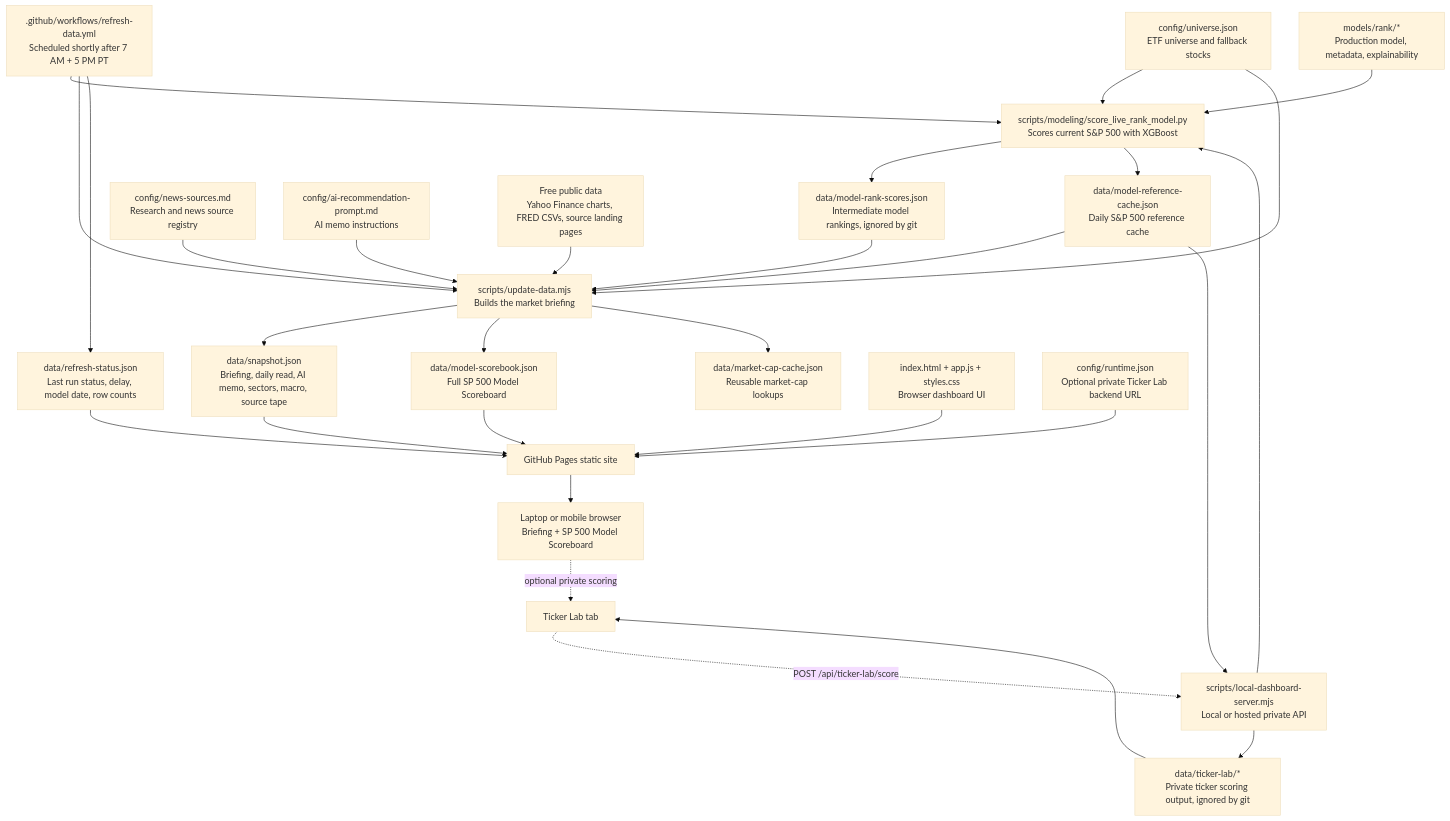
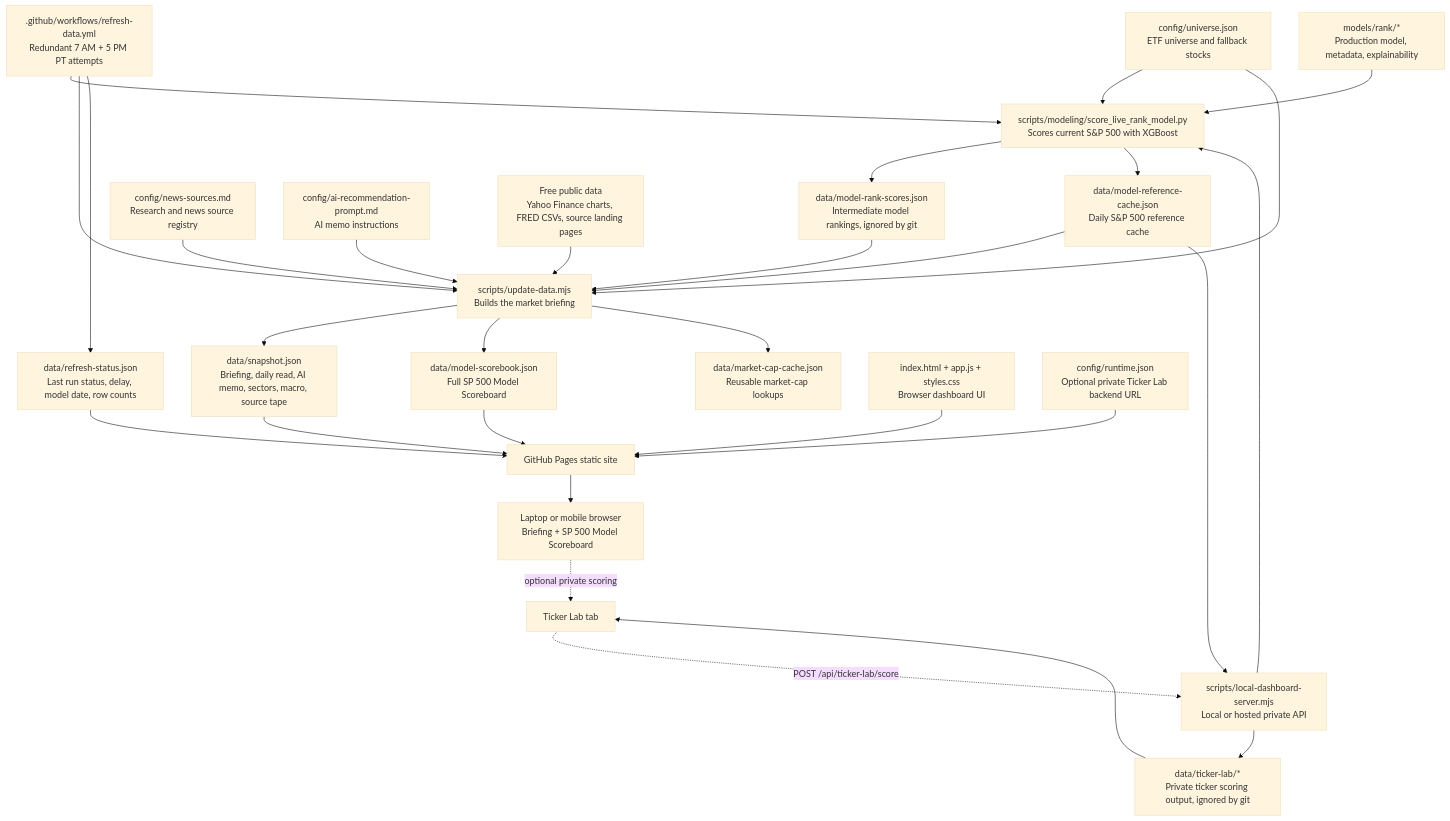
Before and after one commit to jhmona12/market-pulse: the diagram in README.md, drawn with Mermaid (base theme). The commit also changed other lines of this file and 3 other files, not shown here.

Commit message:
Harden scheduled refresh attempts

````diff
--- a/README.md
+++ b/README.md
@@ -9,36 +9,36 @@
 ```mermaid
 flowchart TD
-  schedule[".github/workflows/refresh-data.yml<br/>Scheduled shortly after 7 AM + 5 PM PT"] --> scorer["scripts/modeling/score_live_rank_model.py<br/>Scores current S&P 500 with XGBoost"]
+  schedule[".github/workflows/refresh-data.yml<br/>Redundant 7 AM + 5 PM PT attempts"] --> scorer["scripts/modeling/score_live_rank_model.py<br/>Scores current S&P 500 with XGBoost"]
 
   modelFiles["models/rank/*<br/>Production model, metadata, explainability"] --> scorer
   universe["config/universe.json<br/>ETF universe and fallback stocks"] --> scorer
   scorer --> modelScores["data/model-rank-scores.json<br/>Intermediate model rankings, ignored by git"]
   scorer --> referenceCache["data/model-reference-cache.json<br/>Daily S&P 500 reference cache"]
 
   schedule --> refresh["scripts/update-data.mjs<br/>Builds the market briefing"]
   newsSources["config/news-sources.md<br/>Research and news source registry"] --> refresh
   aiPrompt["config/ai-recommendation-prompt.md<br/>AI memo instructions"] --> refresh
   universe --> refresh
   modelScores --> refresh
   referenceCache --> refresh
   freeData["Free public data<br/>Yahoo Finance charts, FRED CSVs, source landing pages"] --> refresh
 
   refresh --> snapshot["data/snapshot.json<br/>Briefing, daily read, AI memo, sectors, macro, source tape"]
   refresh --> scorebook["data/model-scorebook.json<br/>Full SP 500 Model Scoreboard"]
   refresh --> marketCaps["data/market-cap-cache.json<br/>Reusable market-cap lookups"]
   schedule --> refreshStatus["data/refresh-status.json<br/>Last run status, delay, model date, row counts"]
 
   snapshot --> pages["GitHub Pages static site"]
   scorebook --> pages
   refreshStatus --> pages
   appFiles["index.html + app.js + styles.css<br/>Browser dashboard UI"] --> pages
   runtime["config/runtime.json<br/>Optional private Ticker Lab backend URL"] --> pages
   pages --> browser["Laptop or mobile browser<br/>Briefing + SP 500 Model Scoreboard"]
 
   browser -. optional private scoring .-> tickerUi["Ticker Lab tab"]
   tickerUi -. POST /api/ticker-lab/score .-> backend["scripts/local-dashboard-server.mjs<br/>Local or hosted private API"]
   backend --> scorer
   referenceCache --> backend
   backend --> tickerOutput["data/ticker-lab/*<br/>Private ticker scoring output, ignored by git"]
   tickerOutput --> tickerUi
 ```
````
